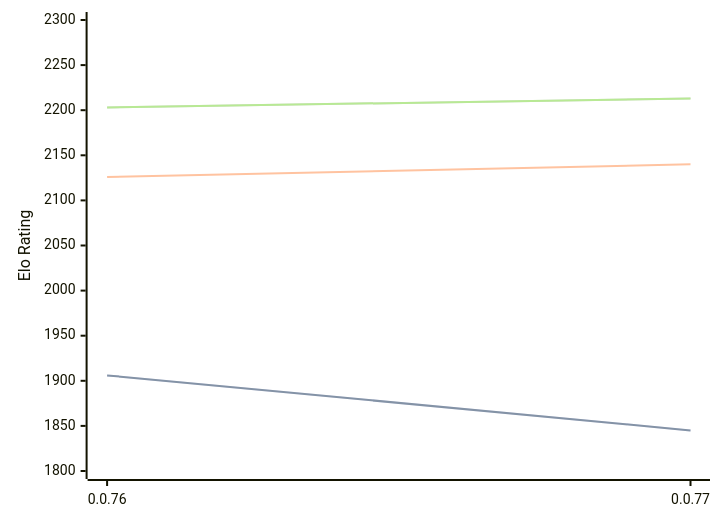
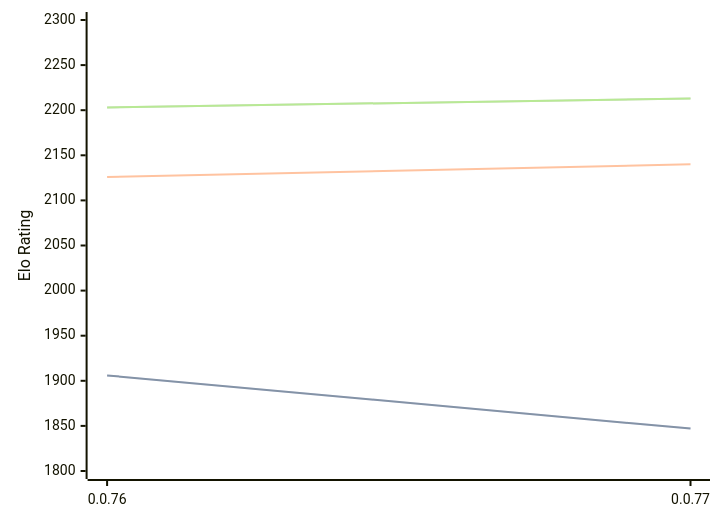
One commit to computer-chess-index/cci changed the first of 3 diagrams in engines/Fktb.md. Above: the diagram before and after it, drawn with Mermaid. The commit also changed other lines of this file, not shown here.

````diff
--- a/engines/Fktb.md
+++ b/engines/Fktb.md
@@ -32,11 +32,11 @@
 ```mermaid
 %%{init: {"theme":"base","themeVariables":{"seriesColors:['#a3a3a3','#222221','#faa371']}}}%%
 xychart-beta
   x-axis ["0.0.76", "0.0.77"]
   y-axis "Elo Rating" 1800 --> 2300
-  line "STC (8.0+0.08s)" [1906, 1845]
-  line "STC (8.0+0.08s)" [1906, 1845]
+  line "STC (8.0+0.08s)" [1906, 1847]
+  line "STC (8.0+0.08s)" [1906, 1847]
   line "LTC (60.0+0.60s)" [2126, 2140]
   line "VLTC (2m24s+1.12s)" [2203, 2213]
   line "VLTC (2m24s+1.12s)" [2203, 2213]
 ```
````
